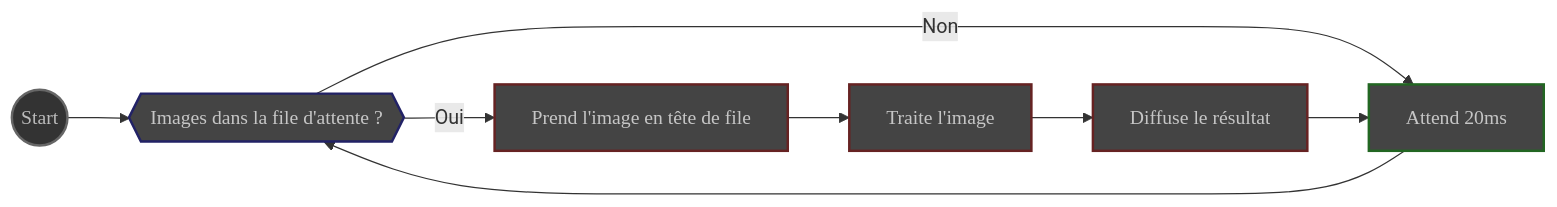
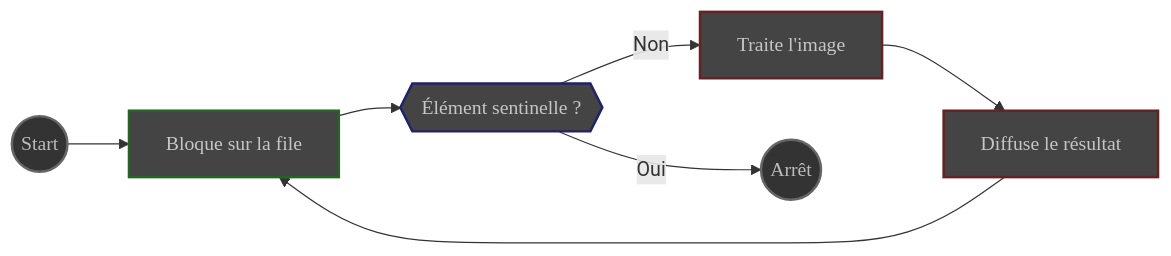
Before and after one commit to deufrai/als: the first of 4 diagrams in website/content/fr/docs/v1.0/reference/modules/_index.md, drawn with Mermaid. The commit also changed other lines of this file and 3 other files, not shown here.

````diff
--- a/website/content/fr/docs/v1.0/reference/modules/_index.md
+++ b/website/content/fr/docs/v1.0/reference/modules/_index.md
@@ -50,29 +48,29 @@
 ```mermaid
 flowchart LR
 DÉMARRER((Start))
-TEST{{Images dans la file d'attente ?}}
-PRENDRE[Prend l'image en tête de file]
-TRAITER[Traite l'image]
+ATTENDRE[Bloque sur la file]
+TEST{{Élément sentinelle ?}}
+PRENDRE[Traite l'image]
 DIFFUSER[Diffuse le résultat]
-ATTENDRE[Attend 20ms]
+ARRÊT((Arrêt))
 
-DÉMARRER --> TEST
-TEST -- Oui --> PRENDRE
-TEST -- Non --> ATTENDRE
-PRENDRE --> TRAITER
-TRAITER --> DIFFUSER
+DÉMARRER --> ATTENDRE
+ATTENDRE --> TEST
+TEST -- Non --> PRENDRE
+PRENDRE --> DIFFUSER
 DIFFUSER --> ATTENDRE
-ATTENDRE --> TEST
+TEST -- Oui --> ARRÊT
 
 classDef bounds fill: #333, stroke: #666, stroke-width: 2px, color: #BBB, font-family: 'Poppins', sans-serif
 classDef step fill: #444, stroke: #622, stroke-width:2px, color: #c6c6c6, font-family: 'Poppins',sans-serif
 classDef wait  fill: #444, stroke: #262, stroke-width: 2px, color: #c6c6c6, font-family: 'Poppins', sans-serif
 classDef test fill: #444, stroke: #226,stroke-width: 2px, color: #c6c6c6, font-family:'Poppins', sans-serif
 
 class DÉMARRER bounds
 class TEST test
 class PRENDRE step
 class TRAITER step
 class DIFFUSER step
 class ATTENDRE wait
+class ARRÊT bounds
 ```
````
